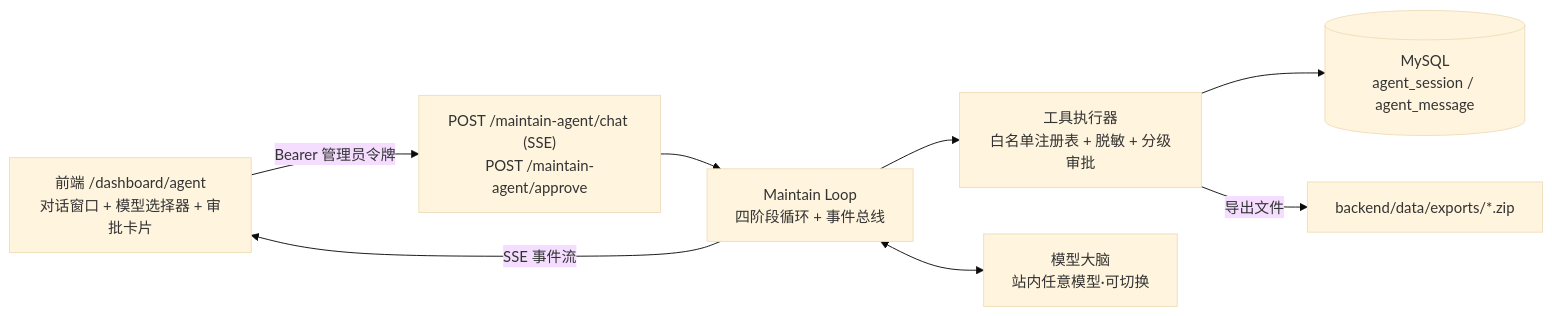
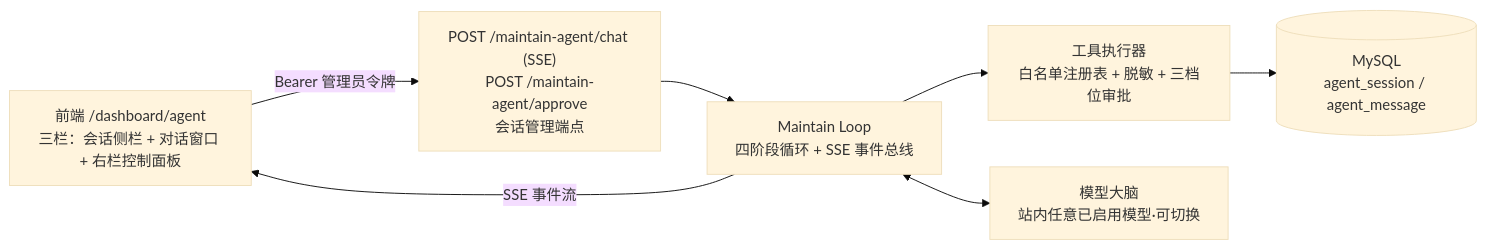
The diagram in docs/维护Agent设计文档.md (sylenshi/AgenticAPI), drawn with Mermaid (base theme) before and after one commit. The commit also changed other lines of this file and 3 other files, not shown here.

````diff
--- a/docs/维护Agent设计文档.md
+++ b/docs/维护Agent设计文档.md
@@ -18,14 +69,13 @@
 ```mermaid
 flowchart LR
-    FE["前端 /dashboard/agent<br/>对话窗口 + 模型选择器 + 审批卡片"]
-    API["POST /maintain-agent/chat (SSE)<br/>POST /maintain-agent/approve"]
-    LOOP["Maintain Loop<br/>四阶段循环 + 事件总线"]
-    TOOLS["工具执行器<br/>白名单注册表 + 脱敏 + 分级审批"]
-    BRAIN["模型大脑<br/>站内任意模型·可切换"]
+    FE["前端 /dashboard/agent<br/>三栏：会话侧栏 + 对话窗口 + 右栏控制面板"]
+    API["POST /maintain-agent/chat (SSE)<br/>POST /maintain-agent/approve<br/>会话管理端点"]
+    LOOP["Maintain Loop<br/>四阶段循环 + SSE 事件总线"]
+    TOOLS["工具执行器<br/>白名单注册表 + 脱敏 + 三档位审批"]
+    BRAIN["模型大脑<br/>站内任意已启用模型·可切换"]
     DB[("MySQL<br/>agent_session / agent_message")]
     FE -->|Bearer 管理员令牌| API --> LOOP
     LOOP <--> BRAIN
     LOOP --> TOOLS --> DB
     LOOP -->|SSE 事件流| FE
-    TOOLS -->|导出文件| FILES["backend/data/exports/*.zip"]
 ```
````
